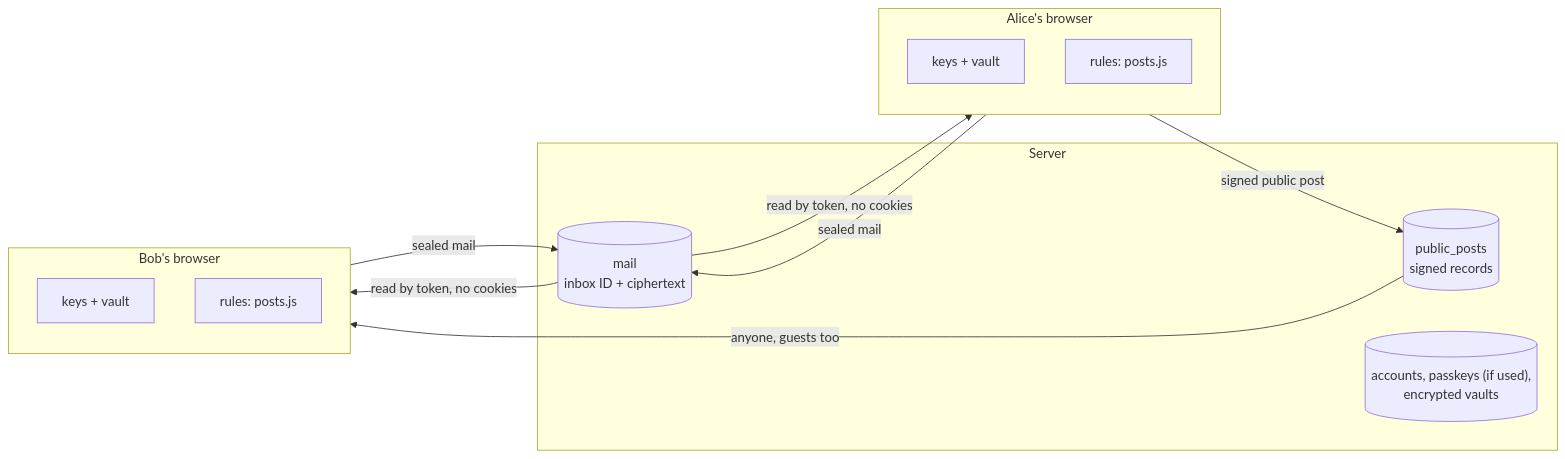
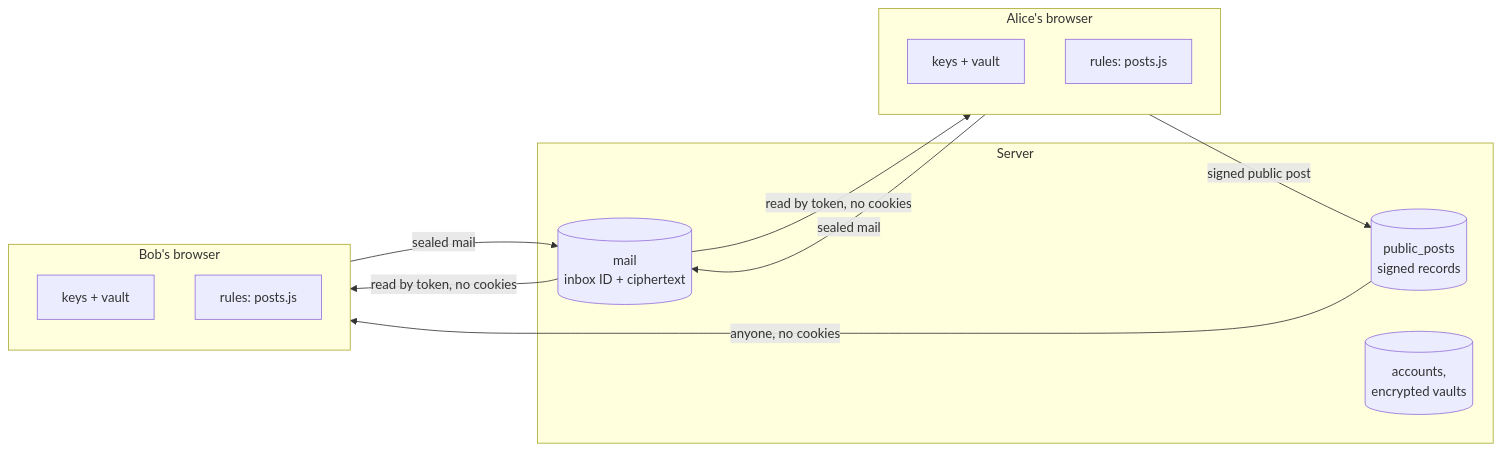
Before and after one commit to 6j0-org/bored: the first of 8 diagrams in docs/encryption.md, drawn with Mermaid. The commit also changed other lines of this file and 19 other files, not shown here.

First line of the commit message:
feat: send anyone not signed in to id.6j0.org, and remove local passkeys

````diff
--- a/docs/encryption.md
+++ b/docs/encryption.md
@@ -53,22 +53,22 @@
 ```mermaid
 flowchart LR
   subgraph A["Alice's browser"]
     AK["keys + vault"]
     AL["rules: posts.js"]
   end
   subgraph S["Server"]
     M[("mail<br/>inbox ID + ciphertext")]
     P[("public_posts<br/>signed records")]
-    U[("accounts, passkeys (if used),<br/>encrypted vaults")]
+    U[("accounts,<br/>encrypted vaults")]
   end
   subgraph B["Bob's browser"]
     BK["keys + vault"]
     BL["rules: posts.js"]
   end
   A -- "sealed mail" --> M
   M -- "read by token, no cookies" --> B
   B -- "sealed mail" --> M
   M -- "read by token, no cookies" --> A
   A -- "signed public post" --> P
-  P -- "anyone, guests too" --> B
+  P -- "anyone, no cookies" --> B
 ```
````
